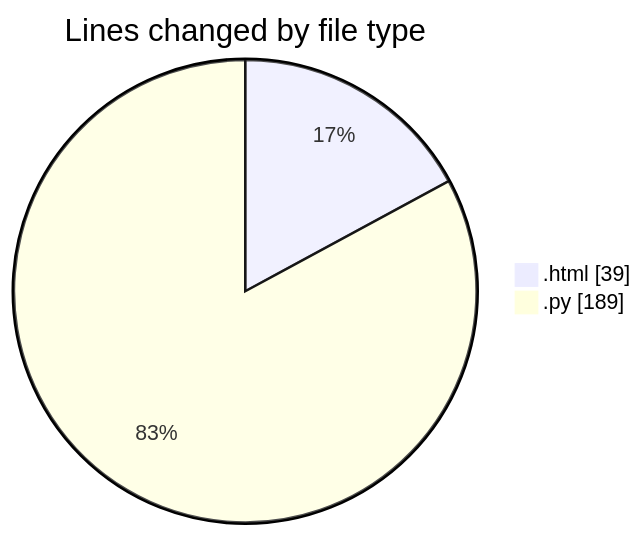
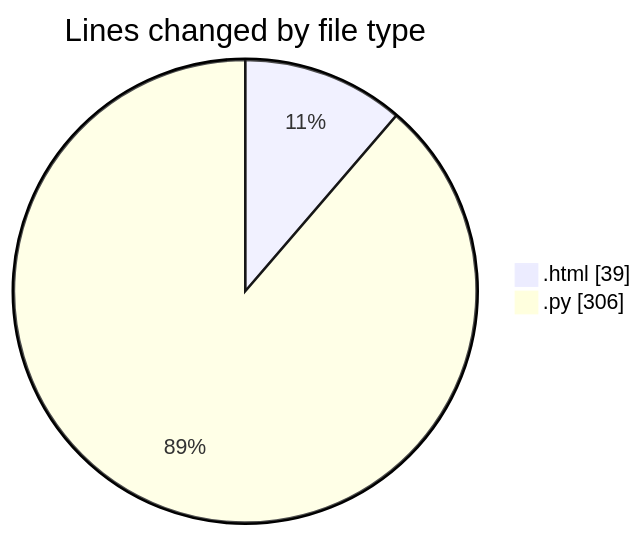
One commit to Ritupan-Deka/code-tracking changed the first of 2 diagrams in 2025-06-22/___base/README.md. Above: the diagram before and after it, drawn with Mermaid. The commit also changed other lines of this file and 1 other file, not shown here.

````diff
--- a/2025-06-22/___base/README.md
+++ b/2025-06-22/___base/README.md
@@ -21,6 +21,6 @@
 ```mermaid
 pie showData
 title Lines changed by file type
 ".html" : 39
-".py" : 189
+".py" : 306
 ```
````
